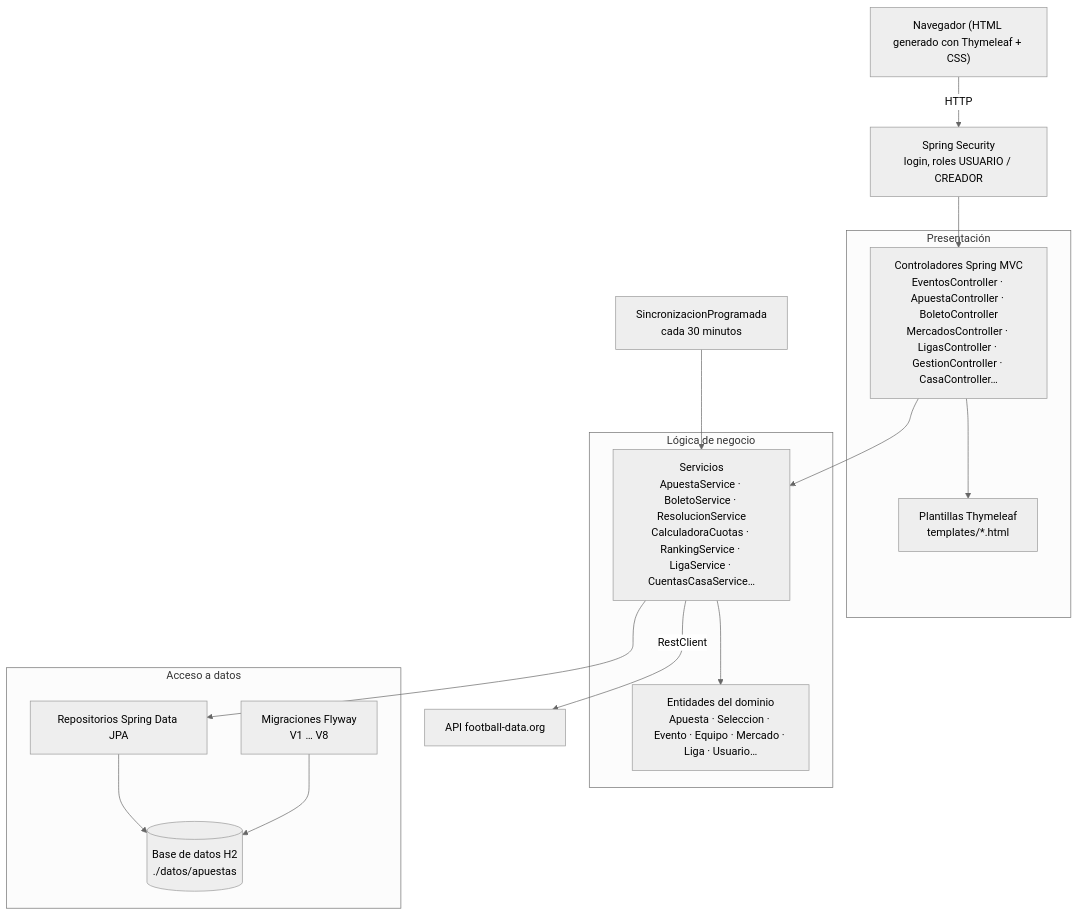
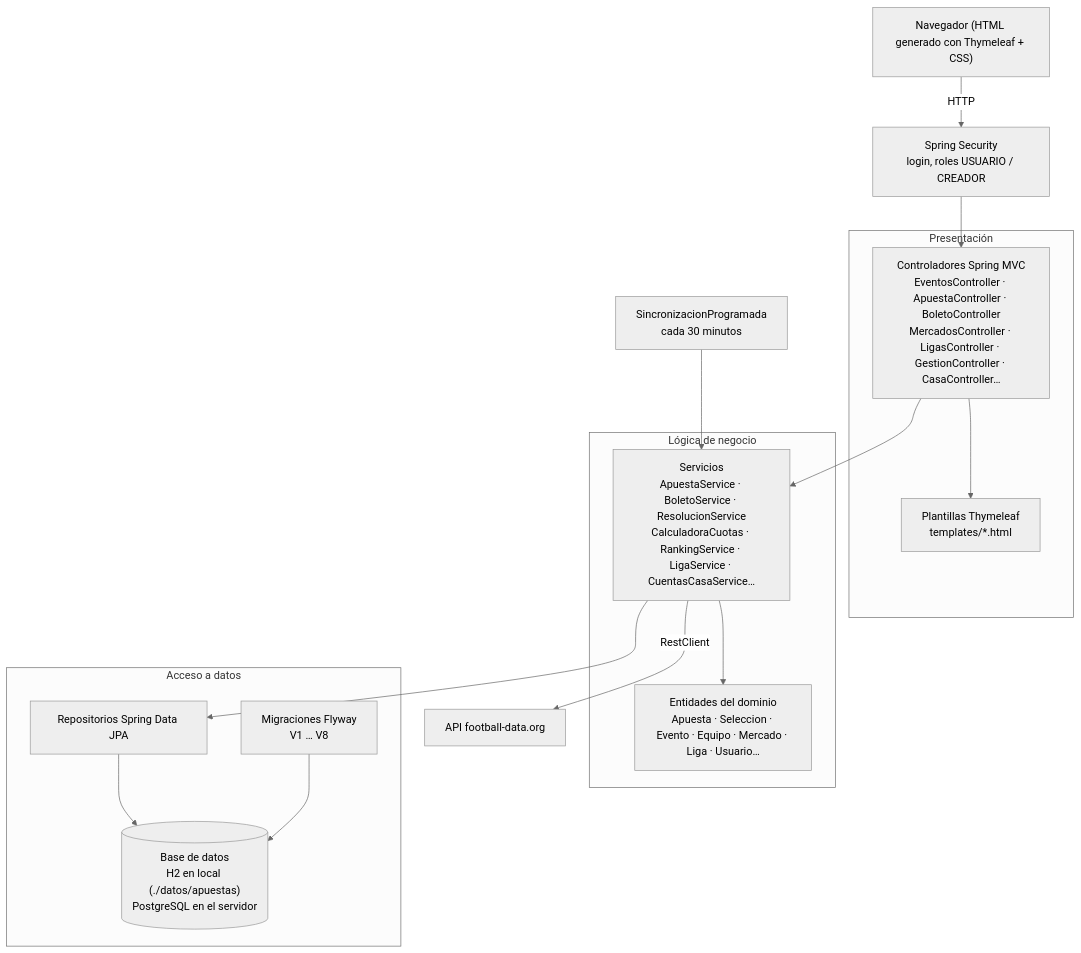
The second of 9 diagrams in docs/diseno/uml.md (riverri/IS1), drawn with Mermaid (neutral theme) before and after one commit. The commit also changed 26 other files, not shown here.

First line of the commit message:
feat: Sprint 12 · PostgreSQL, trazabilidad y dinero apostado a todos los tipos

````diff
--- a/docs/diseno/uml.md
+++ b/docs/diseno/uml.md
@@ -60,33 +60,33 @@
 ```mermaid
 flowchart TB
     navegador["Navegador (HTML generado con Thymeleaf + CSS)"]
 
     subgraph presentacion [Presentación]
         controladores["Controladores Spring MVC<br/>EventosController · ApuestaController · BoletoController<br/>MercadosController · LigasController · GestionController · CasaController…"]
         plantillas["Plantillas Thymeleaf<br/>templates/*.html"]
     end
 
     subgraph negocio [Lógica de negocio]
         servicios["Servicios<br/>ApuestaService · BoletoService · ResolucionService<br/>CalculadoraCuotas · RankingService · LigaService · CuentasCasaService…"]
         dominio["Entidades del dominio<br/>Apuesta · Seleccion · Evento · Equipo · Mercado · Liga · Usuario…"]
     end
 
     subgraph datos [Acceso a datos]
         repositorios["Repositorios Spring Data JPA"]
         flyway["Migraciones Flyway<br/>V1 … V8"]
-        h2[("Base de datos H2<br/>./datos/apuestas")]
+        h2[("Base de datos<br/>H2 en local (./datos/apuestas)<br/>PostgreSQL en el servidor")]
     end
 
     seguridad["Spring Security<br/>login, roles USUARIO / CREADOR"]
     api["API football-data.org"]
     programada["SincronizacionProgramada<br/>cada 30 minutos"]
 
     navegador -->|HTTP| seguridad --> controladores
     controladores --> plantillas
     controladores --> servicios
     servicios --> dominio
     servicios --> repositorios --> h2
     flyway --> h2
     programada --> servicios
     servicios -->|RestClient| api
 ```
````
